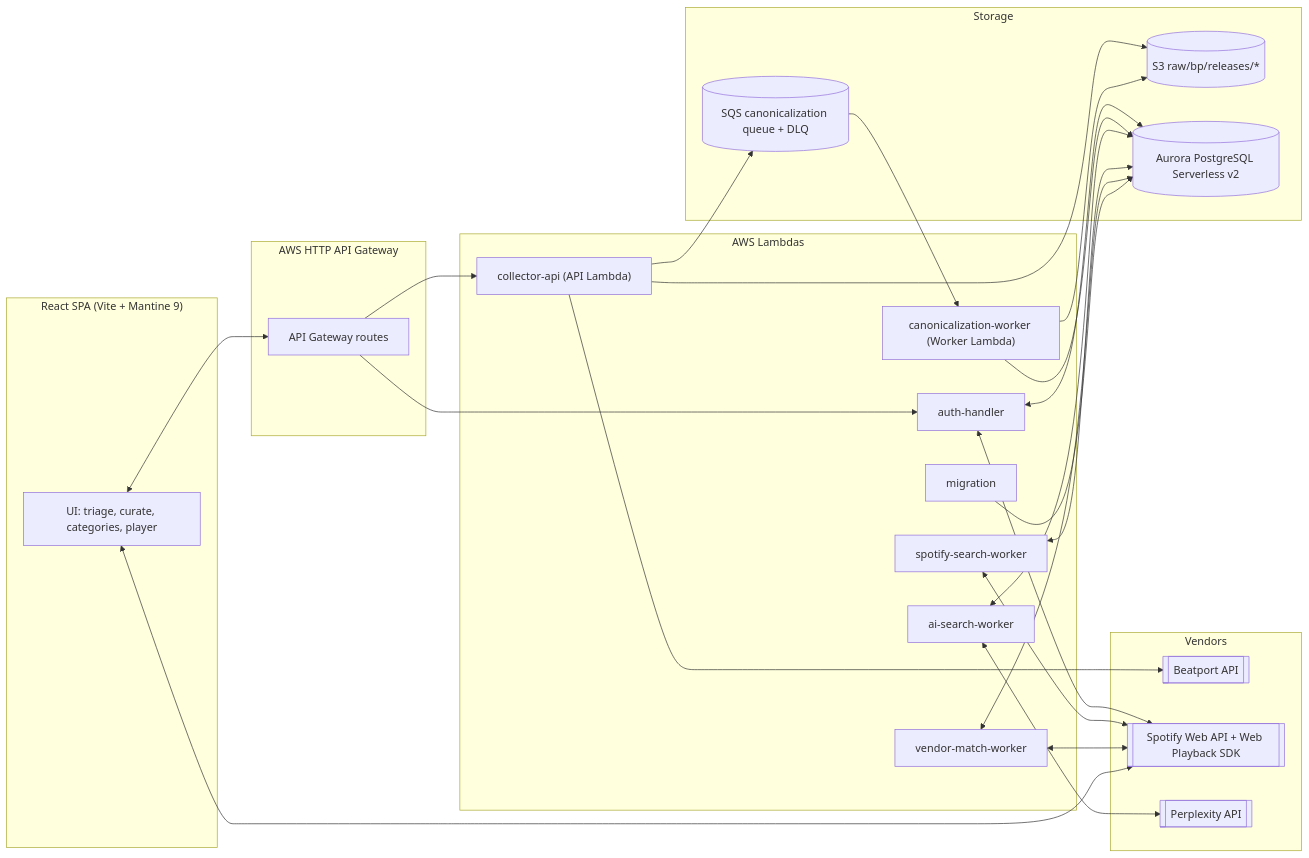
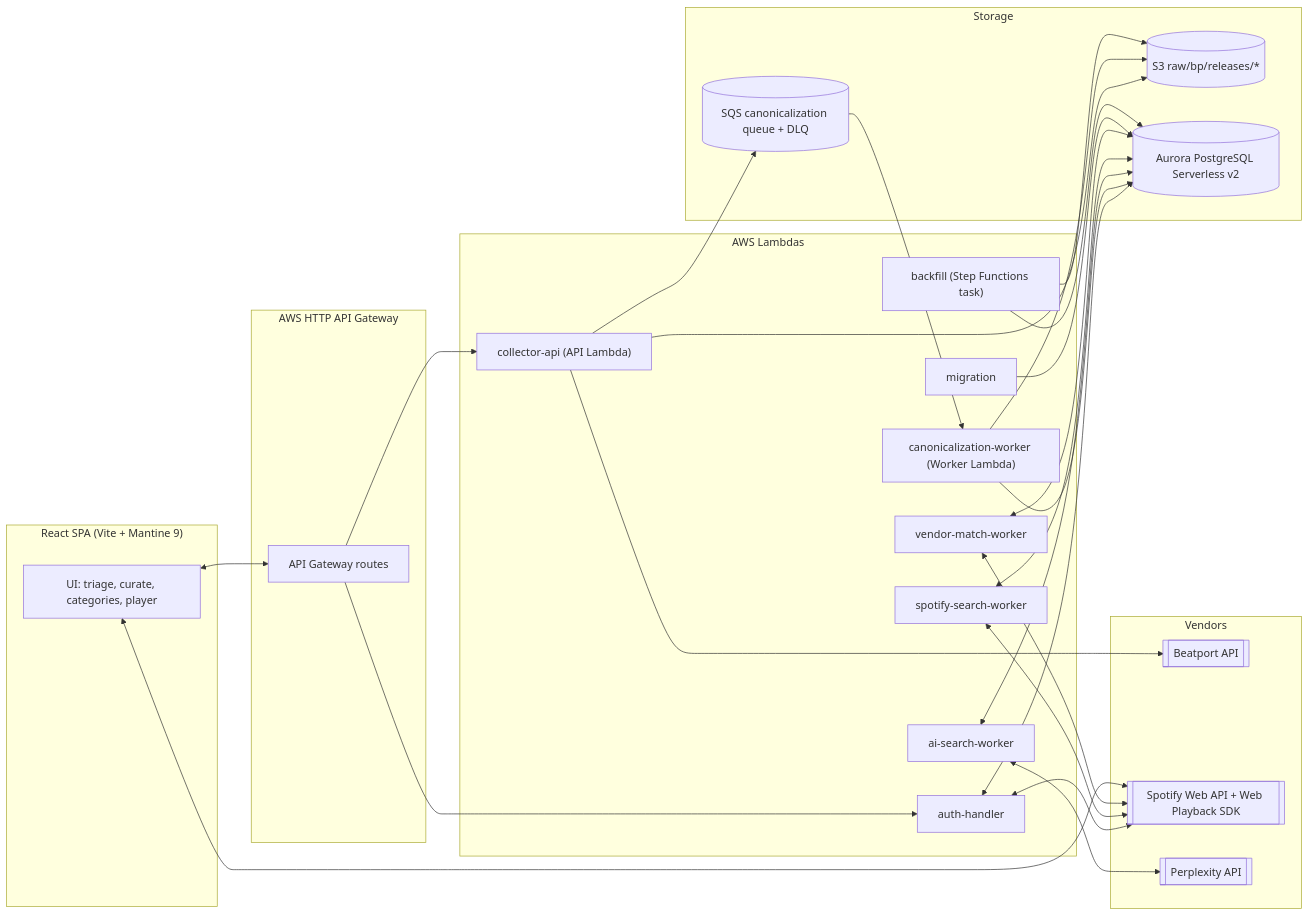
Before and after one commit to tarodo/clouder-core: the diagram in docs/architecture.md, drawn with Mermaid. The commit also changed other lines of this file and 8 other files, not shown here.

````diff
--- a/docs/architecture.md
+++ b/docs/architecture.md
@@ -7,52 +7,55 @@
 ```mermaid
 flowchart LR
     subgraph SPA["React SPA (Vite + Mantine 9)"]
         UI[UI: triage, curate, categories, player]
     end
 
     subgraph API["AWS HTTP API Gateway"]
         APIGW[API Gateway routes]
     end
 
     subgraph Lambdas["AWS Lambdas"]
         AH["auth-handler"]
         CH["collector-api (API Lambda)"]
         SH["ai-search-worker"]
         SPW["spotify-search-worker"]
         VMW["vendor-match-worker"]
         WH["canonicalization-worker (Worker Lambda)"]
         MH["migration"]
+        BF["backfill (Step Functions task)"]
     end
 
     subgraph Storage
         S3[(S3 raw/bp/releases/*)]
         SQS[(SQS canonicalization queue + DLQ)]
         Aurora[(Aurora PostgreSQL Serverless v2)]
     end
 
     subgraph Vendors
         BP[[Beatport API]]
         SP[[Spotify Web API + Web Playback SDK]]
         PX[[Perplexity API]]
     end
 
     UI <--> APIGW
     APIGW --> AH
     APIGW --> CH
     AH <--> Aurora
     AH <--> SP
     CH --> BP
     CH --> S3
     CH --> SQS
     SQS --> WH
     WH --> S3
     WH --> Aurora
     SH <--> PX
     SH <--> Aurora
     SPW <--> SP
     SPW <--> Aurora
     VMW <--> SP
     VMW <--> Aurora
     MH --> Aurora
+    BF --> S3
+    BF --> Aurora
     UI <--> SP
 ```
````
